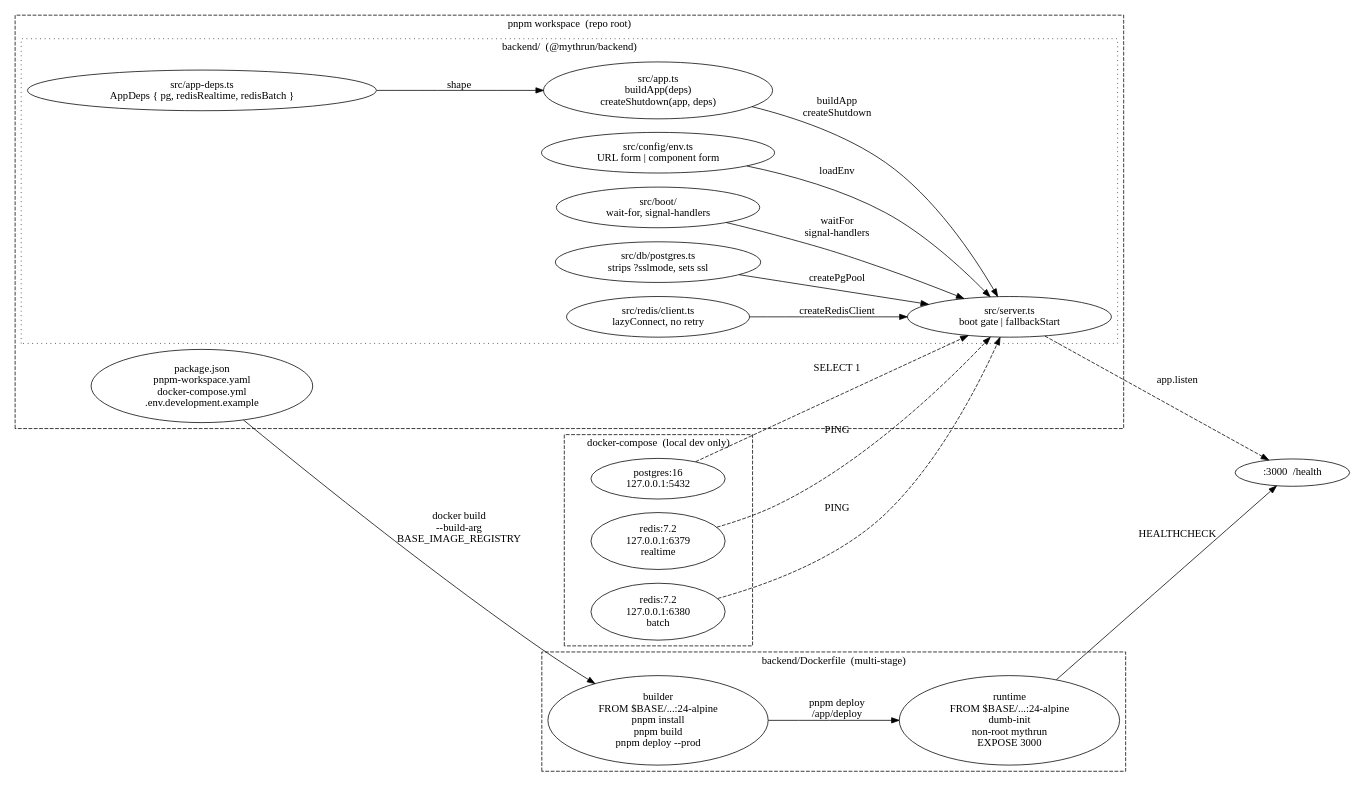
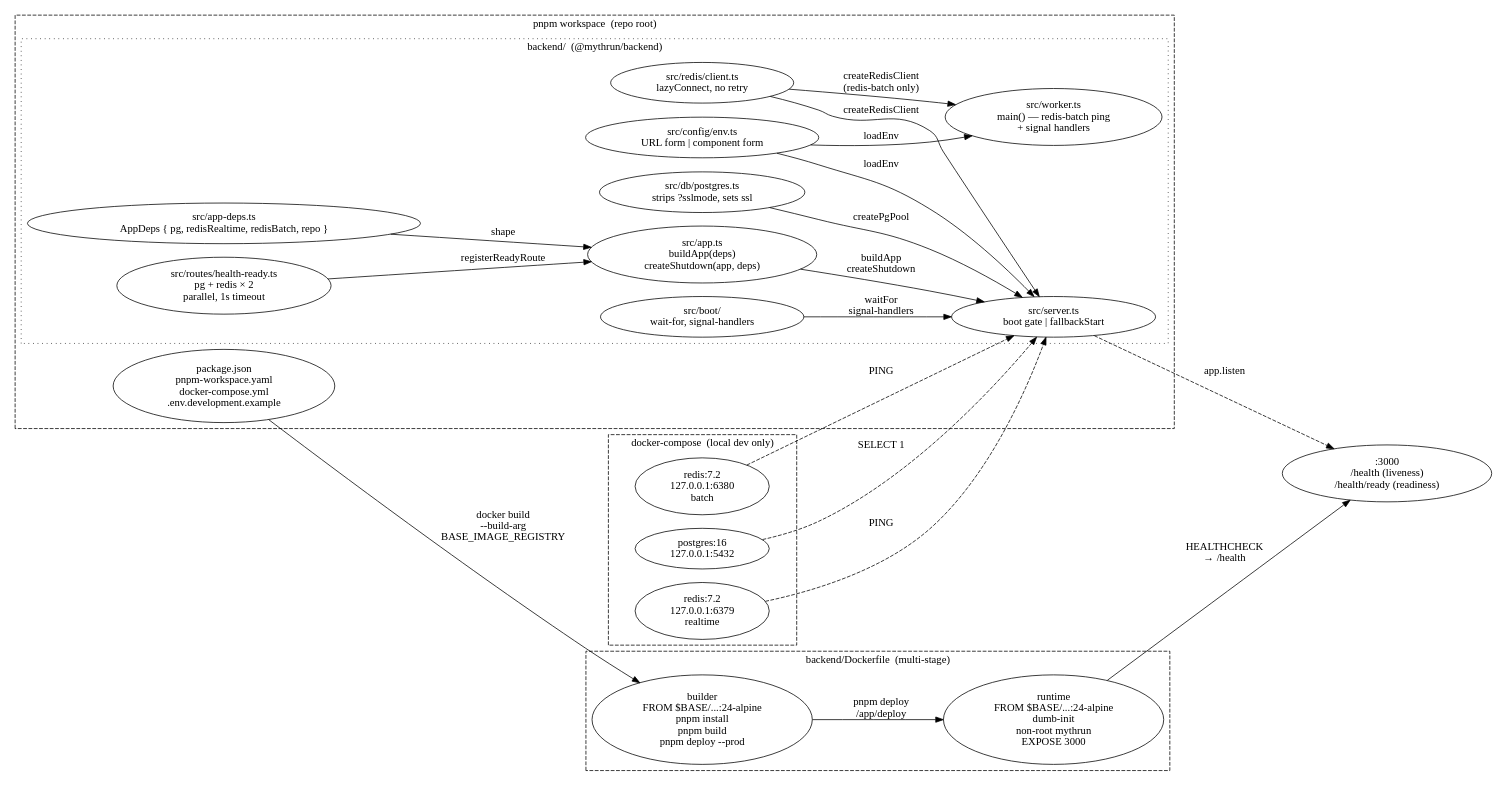
Before and after one commit to mythrun/mythrun: the diagram in docs/wiki/diagrams/runtime/backend.dot, drawn with Graphviz. The commit also changed 8 other files, not shown here.

First line of the commit message:
docs(wiki): sync for MYT-35 — /health/ready, worker scaffold, TF/CI task-def split

```diff
--- a/docs/wiki/diagrams/runtime/backend.dot
+++ b/docs/wiki/diagrams/runtime/backend.dot
@@ -1,72 +1,77 @@
 digraph backend {
   // The backend package: pnpm monorepo workspace that runs locally against a
   // docker-compose data stack and ships as a multi-stage image. Top-left: the
   // source tree + dev loop (local compose services feed the boot gate).
   // Bottom-right: the two-stage image build. Everything converges on :3000.
   rankdir=LR;
   compound=true;
 
   subgraph cluster_repo {
     label="pnpm workspace  (repo root)";
     style="dashed";
     color="ember";
     fontcolor="ember";
 
     root    [label="package.json\npnpm-workspace.yaml\ndocker-compose.yml\n.env.development.example"];
 
     subgraph cluster_backend {
       label="backend/  (@mythrun/backend)";
       style="dotted";
 
-      appdeps [label="src/app-deps.ts\nAppDeps { pg, redisRealtime, redisBatch }"];
+      appdeps [label="src/app-deps.ts\nAppDeps { pg, redisRealtime, redisBatch, repo }"];
       app     [label="src/app.ts\nbuildApp(deps)\ncreateShutdown(app, deps)"];
       server  [label="src/server.ts\nboot gate | fallbackStart"];
+      worker  [label="src/worker.ts\nmain() — redis-batch ping\n+ signal handlers"];
       env     [label="src/config/env.ts\nURL form | component form"];
       boot    [label="src/boot/\nwait-for, signal-handlers"];
       db      [label="src/db/postgres.ts\nstrips ?sslmode, sets ssl"];
       redis   [label="src/redis/client.ts\nlazyConnect, no retry"];
+      ready   [label="src/routes/health-ready.ts\npg + redis × 2\nparallel, 1s timeout"];
     }
   }
 
   subgraph cluster_compose {
     label="docker-compose  (local dev only)";
     style="dashed";
     color="ember";
     fontcolor="ember";
 
     pg_local    [label="postgres:16\n127.0.0.1:5432"];
     rtr_local   [label="redis:7.2\n127.0.0.1:6379\nrealtime"];
     rtb_local   [label="redis:7.2\n127.0.0.1:6380\nbatch"];
   }
 
   subgraph cluster_image {
     label="backend/Dockerfile  (multi-stage)";
     style="dashed";
     color="ember";
     fontcolor="ember";
 
     builder [label="builder\nFROM $BASE/...:24-alpine\npnpm install\npnpm build\npnpm deploy --prod"];
     runtime [label="runtime\nFROM $BASE/...:24-alpine\ndumb-init\nnon-root mythrun\nEXPOSE 3000", color="ember", fontcolor="ember"];
   }
 
-  port [label=":3000  /health", color="ember", fontcolor="ember"];
+  port [label=":3000\n/health (liveness)\n/health/ready (readiness)", color="ember", fontcolor="ember"];
 
   // Wiring within backend/
   appdeps -> app      [label="shape"];
+  ready   -> app      [label="registerReadyRoute"];
   env     -> server   [label="loadEnv"];
   db      -> server   [label="createPgPool"];
   redis   -> server   [label="createRedisClient"];
   boot    -> server   [label="waitFor\nsignal-handlers"];
   app     -> server   [label="buildApp\ncreateShutdown"];
+  env     -> worker   [label="loadEnv"];
+  redis   -> worker   [label="createRedisClient\n(redis-batch only)"];
 
   // Dev loop
   pg_local  -> server [label="SELECT 1", style=dashed];
   rtr_local -> server [label="PING", style=dashed];
   rtb_local -> server [label="PING", style=dashed];
 
   // Image build
   root    -> builder  [label="docker build\n--build-arg\nBASE_IMAGE_REGISTRY"];
   builder -> runtime  [label="pnpm deploy\n/app/deploy"];
-  runtime -> port     [label="HEALTHCHECK"];
+  runtime -> port     [label="HEALTHCHECK\n→ /health"];
   server  -> port     [label="app.listen", style=dashed];
 }
```
